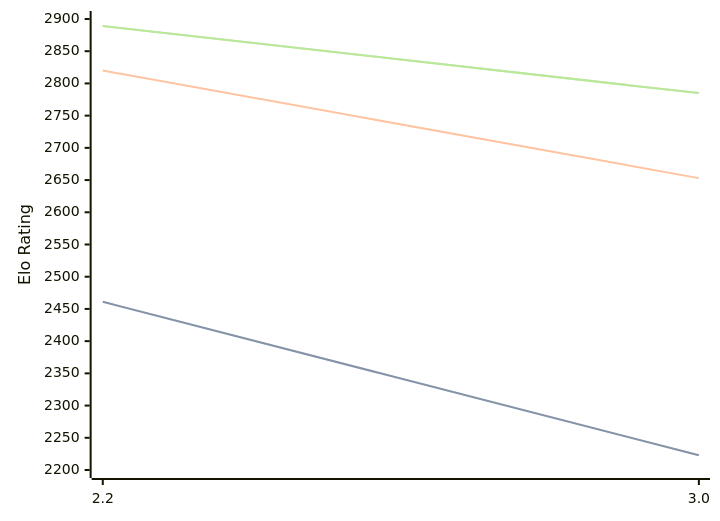
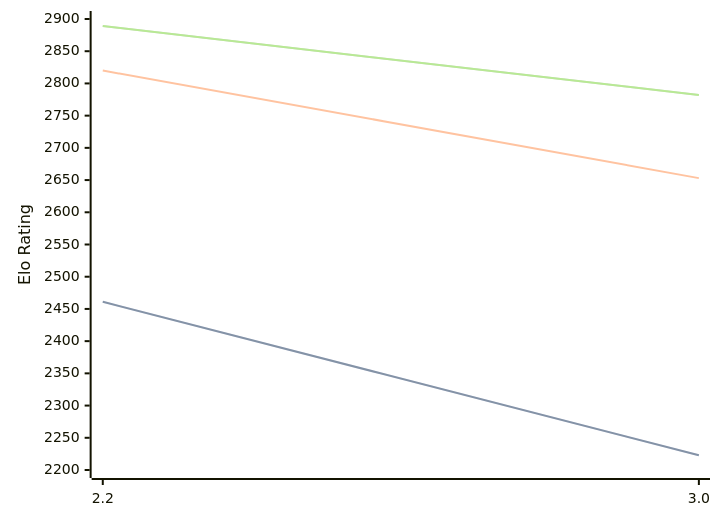
One commit to computer-chess-index/cci changed the third of 3 diagrams in engines/Thrawn.md. Above: the diagram before and after it, drawn with Mermaid. The commit also changed other lines of this file, not shown here.

Commit message:
Update CCI Ratings (ELO VLTC) - 2026-06-30

````diff
--- a/engines/Thrawn.md
+++ b/engines/Thrawn.md
@@ -73,11 +73,11 @@
 ```mermaid
 %%{init: {"theme":"base","themeVariables":{"seriesColors:['#a3a3a3','#222221','#faa371']}}}%%
 xychart-beta
   x-axis ["2.2", "3.0"]
   y-axis "Elo Rating" 2200 --> 2900
   line "STC (8.0+0.08s)" [2461, 2223]
   line "STC (8.0+0.08s)" [2461, 2223]
   line "LTC (60.0+0.60s)" [2820, 2653]
-  line "VLTC (2m24s+1.12s)" [2889, 2785]
-  line "VLTC (2m24s+1.12s)" [2889, 2785]
+  line "VLTC (2m24s+1.12s)" [2889, 2782]
+  line "VLTC (2m24s+1.12s)" [2889, 2782]
 ```
````
